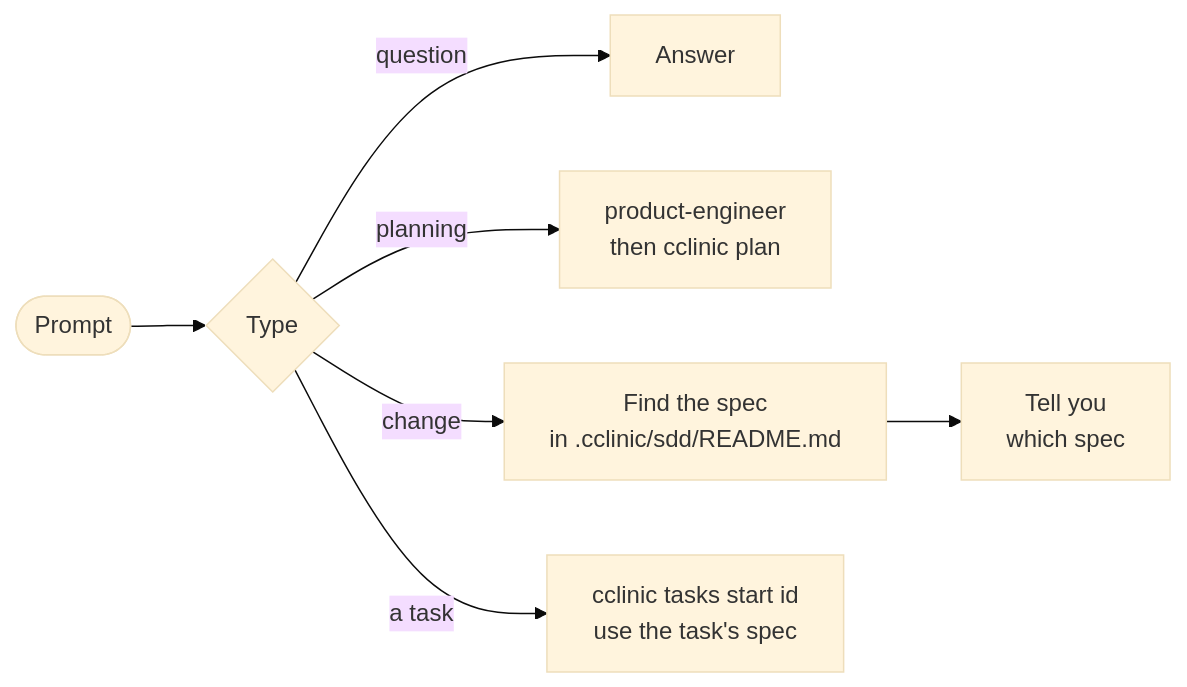
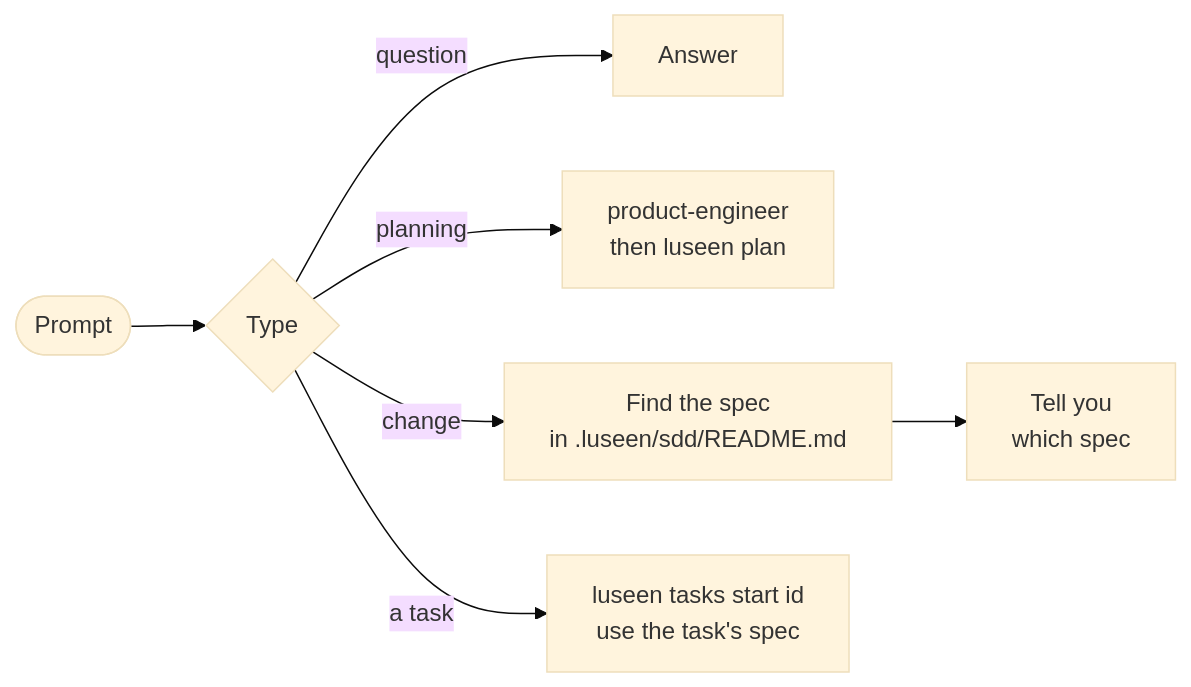
The third of 6 diagrams in DEVELOPMENT_FLOW.md (Hayko97/cclinic), drawn with Mermaid (base theme) before and after one commit. The commit also changed other lines of this file and 311 other files, not shown here.

````diff
--- a/DEVELOPMENT_FLOW.md
+++ b/DEVELOPMENT_FLOW.md
@@ -78,9 +78,9 @@
 ```mermaid
 flowchart LR
     P([Prompt]) --> T{Type}
     T -- question --> A[Answer]
-    T -- planning --> PE[product-engineer<br/>then cclinic plan]
-    T -- change --> S[Find the spec<br/>in .cclinic/sdd/README.md]
+    T -- planning --> PE[product-engineer<br/>then luseen plan]
+    T -- change --> S[Find the spec<br/>in .luseen/sdd/README.md]
     S --> Tell[Tell you<br/>which spec]
-    T -- a task --> St[cclinic tasks start id<br/>use the task's spec]
+    T -- a task --> St[luseen tasks start id<br/>use the task's spec]
 ```
````
